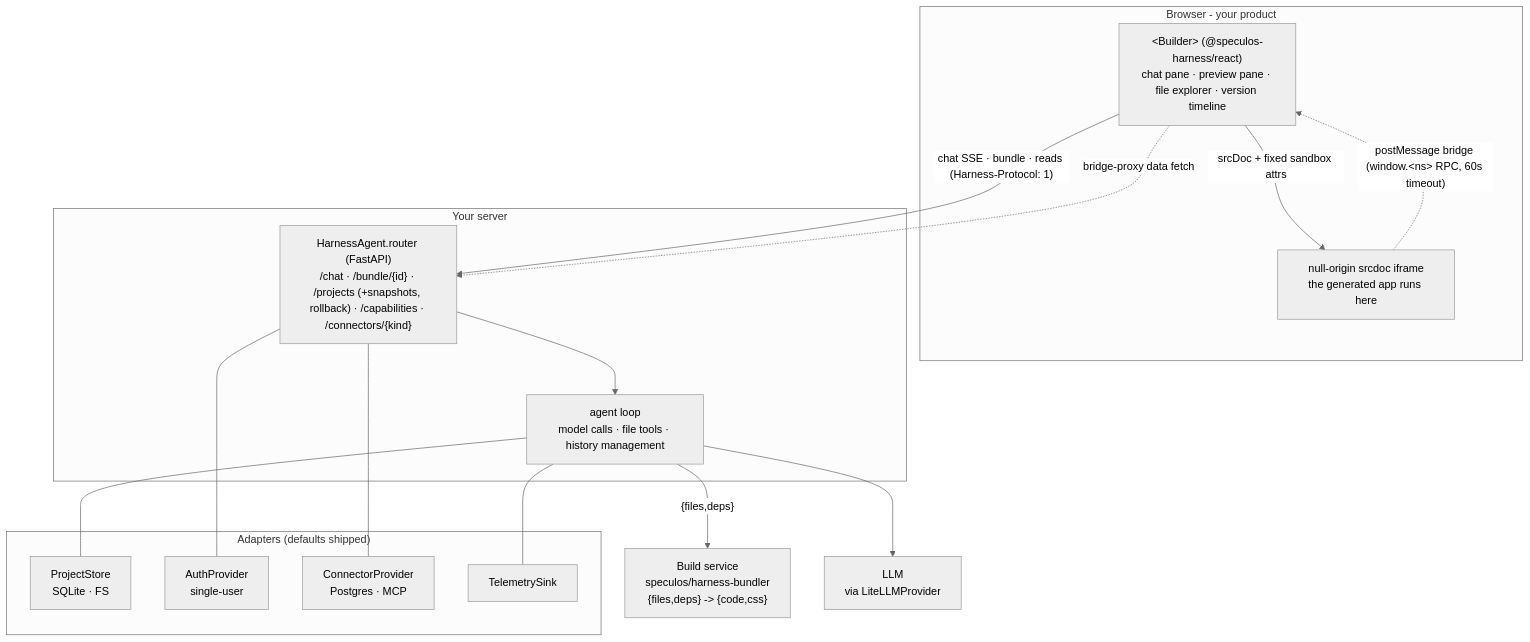
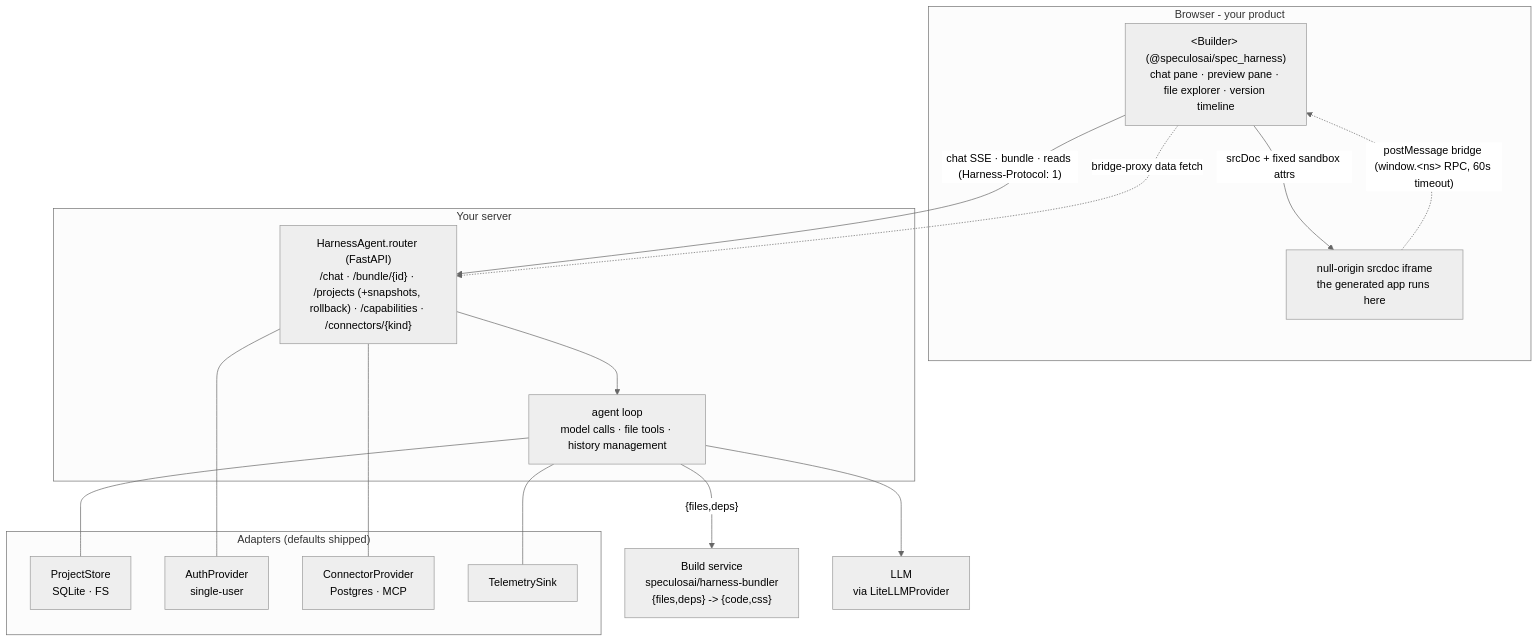
The diagram in docs/architecture.md (speculosai/spec_harness), drawn with Mermaid (neutral theme) before and after one commit. The commit also changed other lines of this file and 63 other files, not shown here.

First line of the commit message:
Publish: one npm package, a multi-arch build-service image

````diff
--- a/docs/architecture.md
+++ b/docs/architecture.md
@@ -29,34 +33,34 @@
 ```mermaid
 flowchart TB
   subgraph browser["Browser - your product"]
-    builder["&lt;Builder&gt; (@speculos-harness/react)<br/>chat pane · preview pane · file explorer · version timeline"]
+    builder["&lt;Builder&gt; (@speculosai/spec_harness)<br/>chat pane · preview pane · file explorer · version timeline"]
     iframe["null-origin srcdoc iframe<br/>the generated app runs here"]
     builder -->|"srcDoc + fixed sandbox attrs"| iframe
     iframe -. "postMessage bridge (window.&lt;ns&gt; RPC, 60s timeout)" .-> builder
   end
 
   subgraph server["Your server"]
     router["HarnessAgent.router (FastAPI)<br/>/chat · /bundle/{id} · /projects (+snapshots, rollback) · /capabilities · /connectors/{kind}"]
     loop["agent loop<br/>model calls · file tools · history management"]
     router --> loop
   end
 
   subgraph adapters["Adapters (defaults shipped)"]
     store["ProjectStore<br/>SQLite · FS"]
     auth["AuthProvider<br/>single-user"]
     conn["ConnectorProvider<br/>Postgres · MCP"]
     tel["TelemetrySink"]
   end
 
-  bundler["Build service<br/>speculos/harness-bundler<br/>{files,deps} -> {code,css}"]
+  bundler["Build service<br/>speculosai/harness-bundler<br/>{files,deps} -> {code,css}"]
   llm["LLM<br/>via LiteLLMProvider"]
 
   builder -->|"chat SSE · bundle · reads (Harness-Protocol: 1)"| router
   builder -. "bridge-proxy data fetch" .-> router
   loop -->|"{files,deps}"| bundler
   loop --> llm
   loop --- store
   router --- auth
   router --- conn
   loop --- tel
 ```
````
